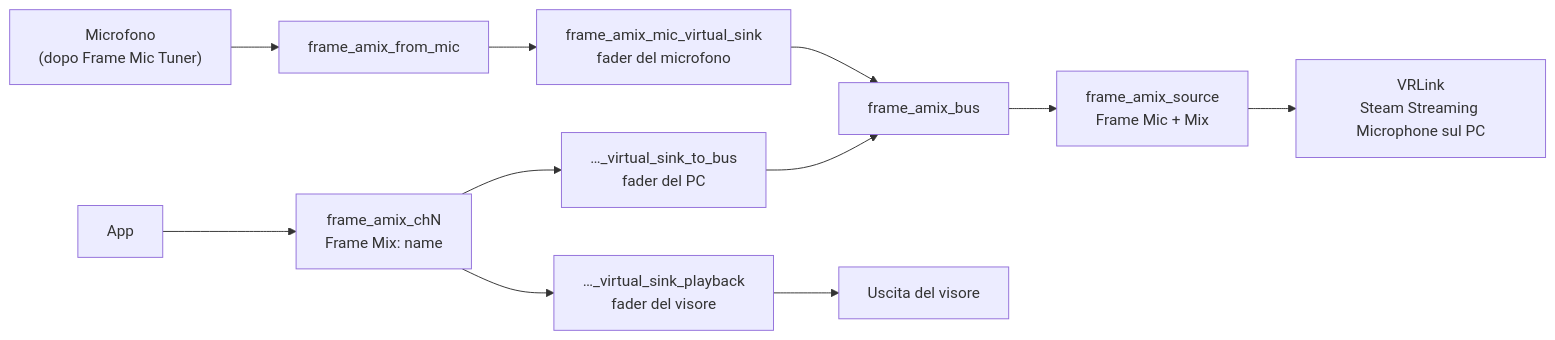
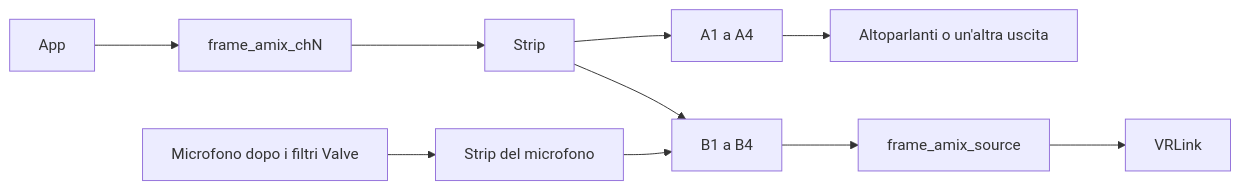
One commit to marcus-universe/frame-audio-mixer changed the diagram in docs/how-it-works.it.md. Above: the diagram before and after it, drawn with Mermaid. The commit also changed other lines of this file and 47 other files, not shown here.

````diff
--- a/docs/how-it-works.it.md
+++ b/docs/how-it-works.it.md
@@ -7,11 +7,12 @@
 ```mermaid
 flowchart LR
-    mic["Microfono<br/>(dopo Frame Mic Tuner)"] --> from_mic[frame_amix_from_mic]
-    from_mic --> mic_fader["frame_amix_mic_virtual_sink<br/>fader del microfono"]
-    mic_fader --> bus[frame_amix_bus]
-    app["App"] --> sink["frame_amix_chN<br/>Frame Mix: name"]
-    sink --> phones["…_virtual_sink_playback<br/>fader del visore"] --> out["Uscita del visore"]
-    sink --> to_bus["…_virtual_sink_to_bus<br/>fader del PC"] --> bus
-    bus --> source["frame_amix_source<br/>Frame Mic + Mix"]
-    source --> vrlink["VRLink<br/>Steam Streaming Microphone sul PC"]
+  appA[App] --> chSink["frame_amix_chN"]
+  micSrc["Microfono dopo i filtri Valve"] --> micStrip["Strip del microfono"]
+  chSink --> chStrip["Strip"]
+  chStrip --> busA["A1 a A4"]
+  chStrip --> busB["B1 a B4"]
+  micStrip --> busB
+  busA --> speakers["Altoparlanti o un'altra uscita"]
+  busB --> frameMix["frame_amix_source"]
+  frameMix --> vrlink["VRLink"]
 ```
````
